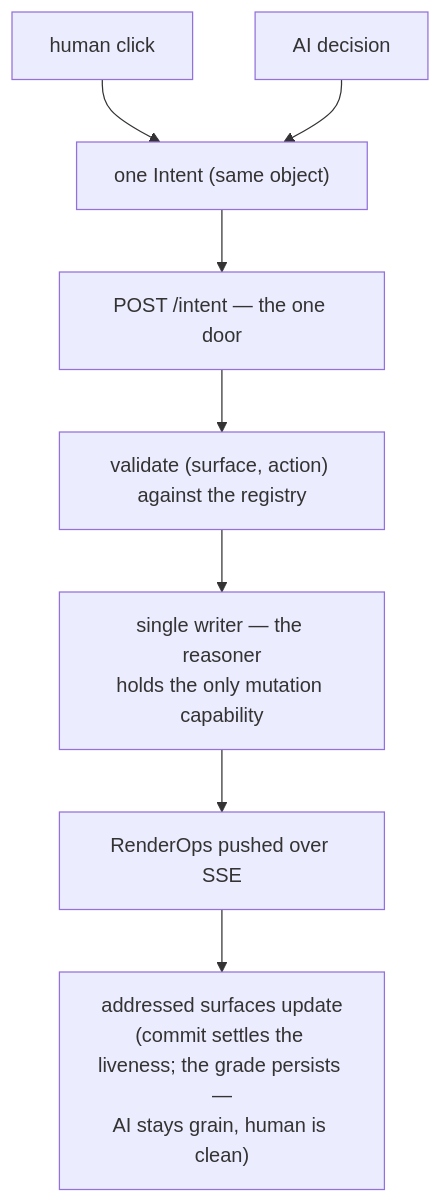
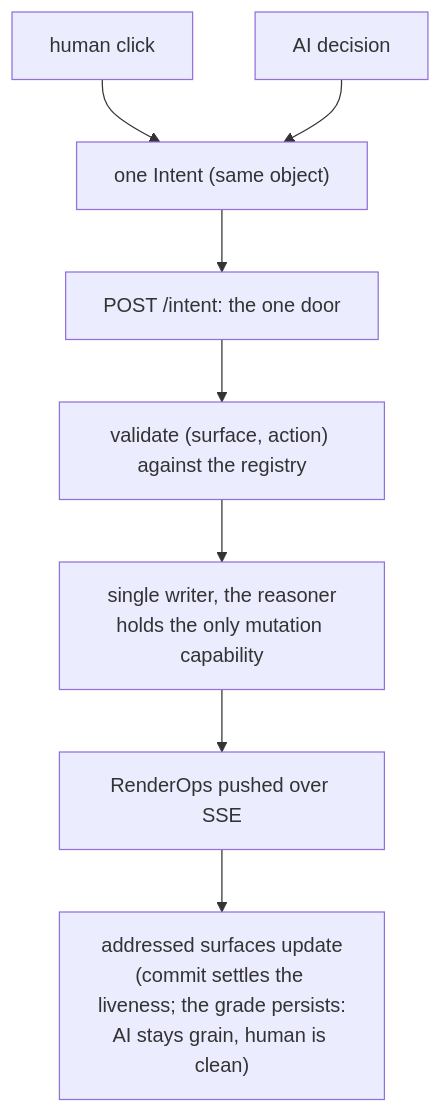
Before and after one commit to tjakoen/tjakoen.github.io: the first of 3 diagrams in notes/whitepaper-one-vocabulary.md, drawn with Mermaid. The commit also changed other lines of this file and 19 other files, not shown here.

````diff
--- a/notes/whitepaper-one-vocabulary.md
+++ b/notes/whitepaper-one-vocabulary.md
@@ -152,10 +152,10 @@
 ```mermaid
 flowchart TD
     H["human click"] --> I["one Intent (same object)"]
     A["AI decision"] --> I
-    I --> D["POST /intent — the one door"]
+    I --> D["POST /intent: the one door"]
     D --> V["validate (surface, action) against the registry"]
-    V --> W["single writer — the reasoner<br/>holds the only mutation capability"]
+    V --> W["single writer, the reasoner<br/>holds the only mutation capability"]
     W --> R["RenderOps pushed over SSE"]
-    R --> S["addressed surfaces update<br/>(commit settles the liveness; the grade persists —<br/>AI stays grain, human is clean)"]
+    R --> S["addressed surfaces update<br/>(commit settles the liveness; the grade persists:<br/>AI stays grain, human is clean)"]
 ```
````
